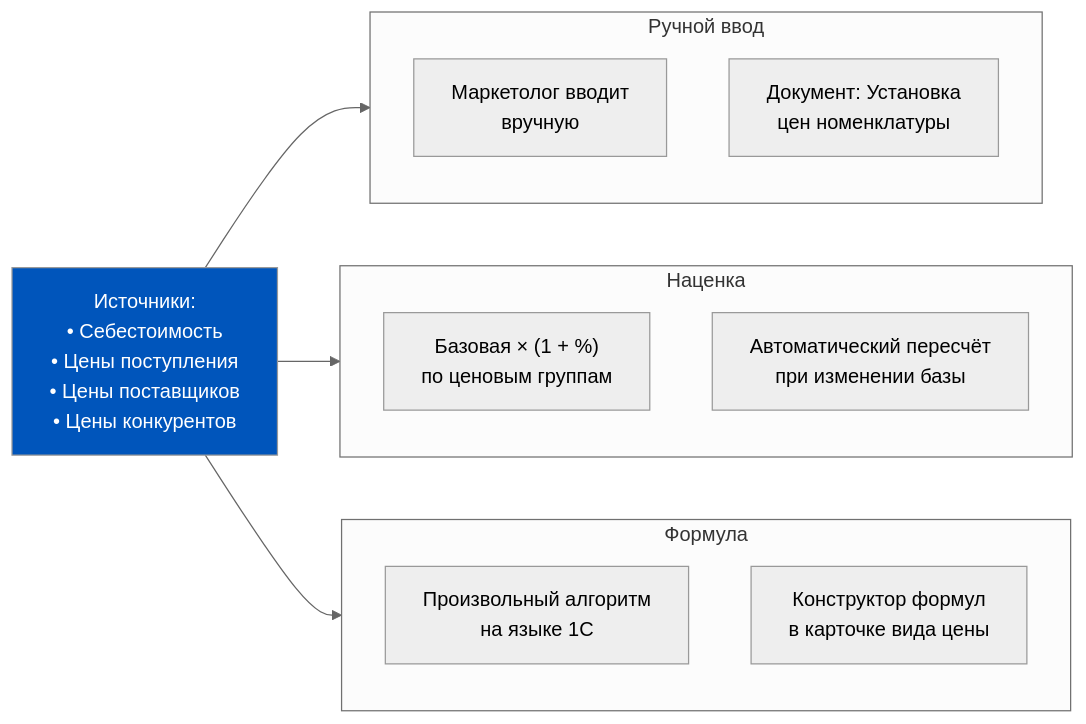
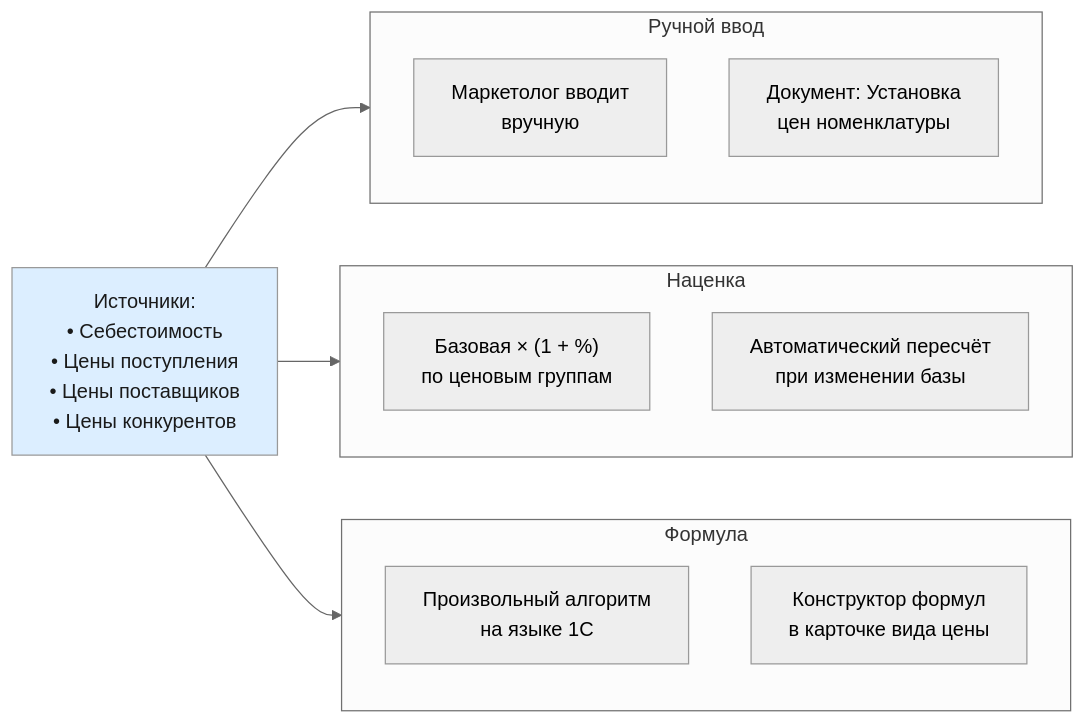
The third of 6 diagrams in content/1c-erp/week_2/Неделя 2 - День 4 - Ценообразование.md (murad1986/1c-erp-quartz), drawn with Mermaid (neutral theme) before and after one commit. The commit also changed other lines of this file and 57 other files, not shown here.

First line of the commit message:
fix: Mermaid — пастельные цвета в источниках диаграмм (56 файлов)

````diff
--- a/content/1c-erp/week_2/Неделя 2 - День 4 - Ценообразование.md
+++ b/content/1c-erp/week_2/Неделя 2 - День 4 - Ценообразование.md
@@ -195,23 +195,23 @@
 ```mermaid
 flowchart LR
     subgraph M1["Ручной ввод"]
         direction TB
         M1A["Маркетолог вводит<br/>вручную"]
         M1B["Документ: Установка<br/>цен номенклатуры"]
     end
     subgraph M2["Наценка"]
         direction TB
         M2A["Базовая × (1 + %)<br/>по ценовым группам"]
         M2B["Автоматический пересчёт<br/>при изменении базы"]
     end
     subgraph M3["Формула"]
         direction TB
         M3A["Произвольный алгоритм<br/>на языке 1С"]
         M3B["Конструктор формул<br/>в карточке вида цены"]
     end
     SRC["Источники:<br/>• Себестоимость<br/>• Цены поступления<br/>• Цены поставщиков<br/>• Цены конкурентов"] --> M1
     SRC --> M2
     SRC --> M3
 
-    style SRC fill:#0055BB,color:#fff
+    style SRC fill:#dceeff,color:#1a1a1a
 ```
````
